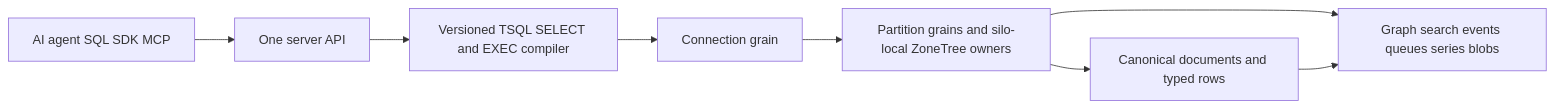
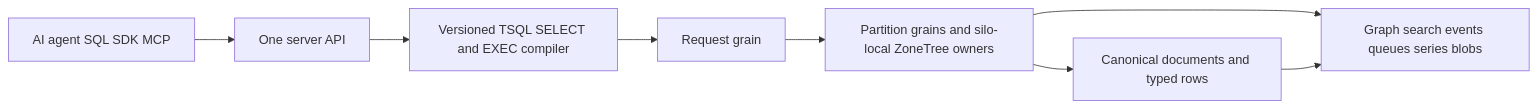
Before and after one commit to managedcode/KeyLoad: the eighth of 26 diagrams in docs/Architecture.md, drawn with Mermaid. The commit also changed other lines of this file and 27 other files, not shown here.

````diff
--- a/docs/Architecture.md
+++ b/docs/Architecture.md
@@ -374,10 +370,10 @@
 ```mermaid
 flowchart LR
     Agent[AI agent SQL SDK MCP] --> Server[One server API]
     Server --> SQL[Versioned TSQL SELECT and EXEC compiler]
-    SQL --> Gateway[Connection grain]
+    SQL --> Gateway[Request grain]
     Gateway --> Owners[Partition grains and silo-local ZoneTree owners]
     Owners --> Entity[Canonical documents and typed rows]
     Owners --> Models[Graph search events queues series blobs]
     Entity --> Models
 ```
````
